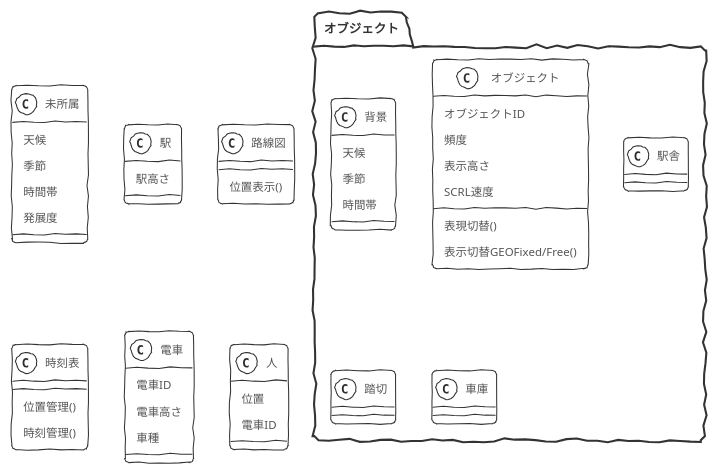
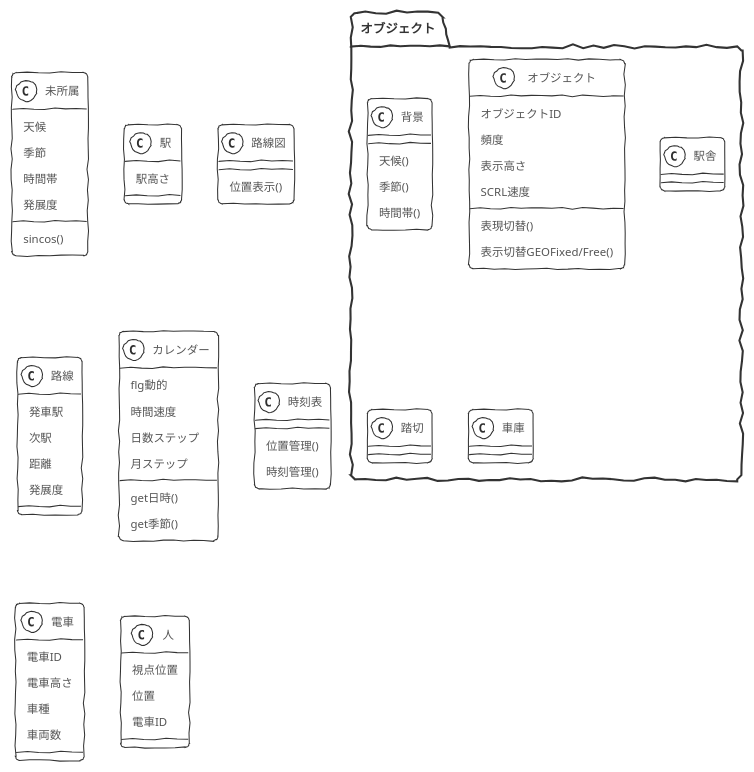
The diagram in tazawa.puml (ssmxgo/tazawa_prj01), drawn with PlantUML before and after one commit.

Commit message:
UML更新

```diff
--- a/tazawa.puml
+++ b/tazawa.puml
@@ -1,57 +1,73 @@
 @startuml まとめ
 !theme sketchy-outline
 class 未所属{
     天候
     季節
     時間帯
     発展度
+    sincos()
 }
 class 駅 {
     駅高さ
-    }
+}
 
 class 路線図 {
-位置表示()
+    位置表示()
 }
-
+class 路線 {
+    発車駅
+    次駅
+    距離
+    発展度
+}
+class カレンダー{
+    flg動的
+    時間速度
+    日数ステップ
+    月ステップ
+    get日時()
+    get季節()
+}
 class 時刻表{
-位置管理()
-時刻管理()
+    位置管理()
+    時刻管理()
 }
 
 class 電車 {
-電車ID
+    電車ID
     電車高さ
     車種
+    車両数
 }
 
 class 人 {
-位置
-電車ID
+    視点位置
+    位置
+    電車ID
 }
 
 package オブジェクト{
 class 背景{
-    天候
-季節
-時間帯
+    天候()
+    季節()
+    時間帯()
 }
 
 
 
 '各風景 駅舎 建築物
 class オブジェクト{
     オブジェクトID
     頻度
     表示高さ
     SCRL速度
     表現切替()
     表示切替GEOFixed/Free()
 }
 class 駅舎{}
 class 踏切{}
 class 車庫{}
 
 }
 
 @enduml
```
